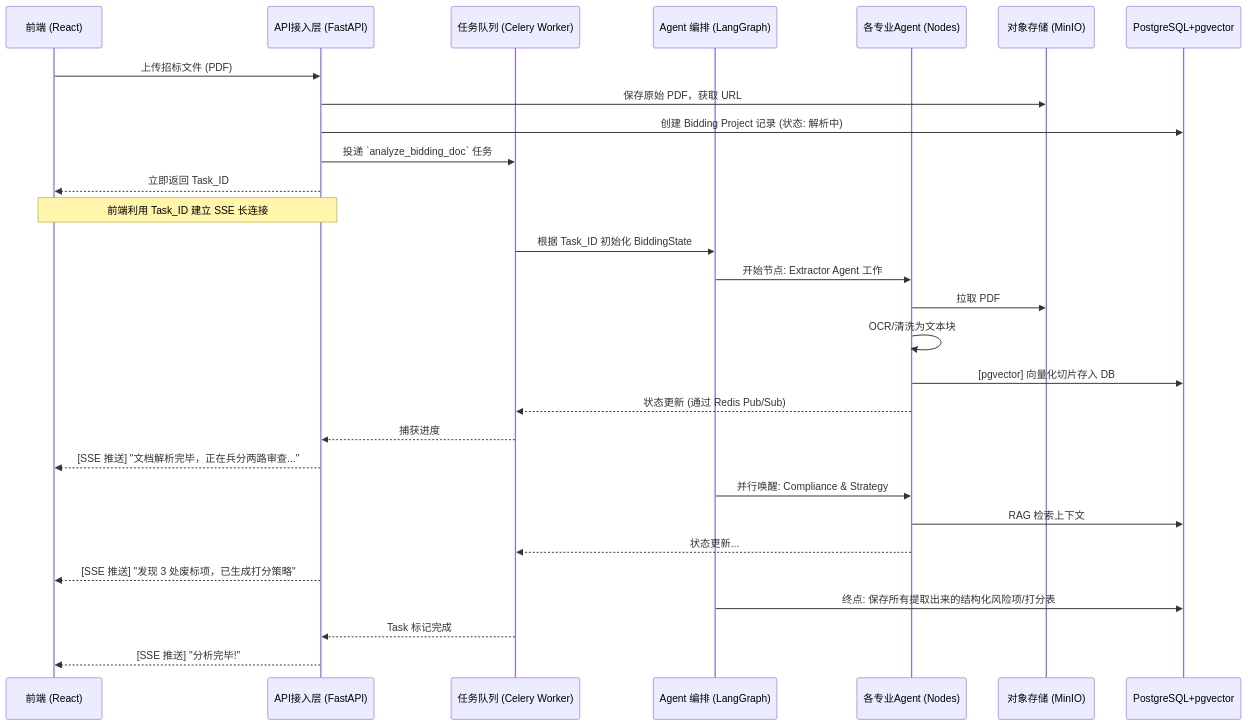
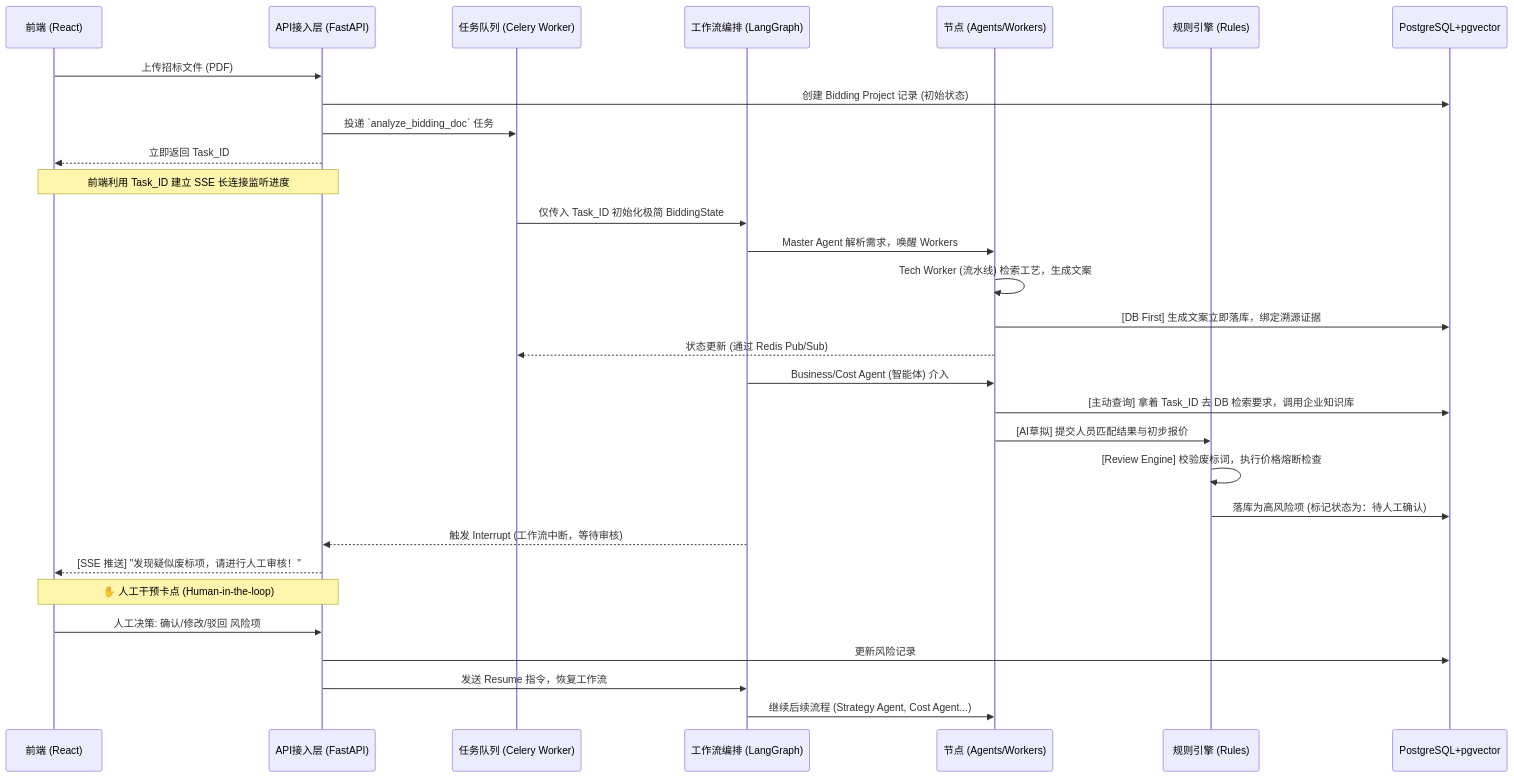
Before and after one commit to Jumao1225/bidding_sys: the diagram in docs/ARCHITECTURE_DESIGN.md, drawn with Mermaid. The commit also changed other lines of this file and 1 other file, not shown here.

````diff
--- a/docs/ARCHITECTURE_DESIGN.md
+++ b/docs/ARCHITECTURE_DESIGN.md
@@ -60,36 +84,39 @@
 ```mermaid
 sequenceDiagram
     participant Frontend as 前端 (React)
     participant FastAPI as API接入层 (FastAPI)
     participant Celery as 任务队列 (Celery Worker)
-    participant LangGraph as Agent 编排 (LangGraph)
-    participant Agents as 各专业Agent (Nodes)
-    participant MinIO as 对象存储 (MinIO)
+    participant LangGraph as 工作流编排 (LangGraph)
+    participant Nodes as 节点 (Agents/Workers)
+    participant RuleEngine as 规则引擎 (Rules)
     participant PG as PostgreSQL+pgvector
     
     Frontend->>FastAPI: 上传招标文件 (PDF)
-    FastAPI->>MinIO: 保存原始 PDF，获取 URL
-    FastAPI->>PG: 创建 Bidding Project 记录 (状态: 解析中)
+    FastAPI->>PG: 创建 Bidding Project 记录 (初始状态)
     FastAPI->>Celery: 投递 `analyze_bidding_doc` 任务
     FastAPI-->>Frontend: 立即返回 Task_ID
     
-    Note over Frontend,FastAPI: 前端利用 Task_ID 建立 SSE 长连接
+    Note over Frontend,FastAPI: 前端利用 Task_ID 建立 SSE 长连接监听进度
     
-    Celery->>LangGraph: 根据 Task_ID 初始化 BiddingState
-    LangGraph->>Agents: 开始节点: Extractor Agent 工作
-    Agents->>MinIO: 拉取 PDF
-    Agents->>Agents: OCR/清洗为文本块
-    Agents->>PG: [pgvector] 向量化切片存入 DB
-    Agents-->>Celery: 状态更新 (通过 Redis Pub/Sub)
-    Celery-->>FastAPI: 捕获进度
-    FastAPI-->>Frontend: [SSE 推送] "文档解析完毕，正在兵分两路审查..."
+    Celery->>LangGraph: 仅传入 Task_ID 初始化极简 BiddingState
+    LangGraph->>Nodes: Master Agent 解析需求，唤醒 Workers
+    Nodes->>Nodes: Tech Worker (流水线) 检索工艺，生成文案
+    Nodes->>PG: [DB First] 生成文案立即落库，绑定溯源证据
+    Nodes-->>Celery: 状态更新 (通过 Redis Pub/Sub)
     
-    LangGraph->>Agents: 并行唤醒: Compliance & Strategy
-    Agents->>PG: RAG 检索上下文
-    Agents-->>Celery: 状态更新...
-    FastAPI-->>Frontend: [SSE 推送] "发现 3 处废标项，已生成打分策略"
+    LangGraph->>Nodes: Business/Cost Agent (智能体) 介入
+    Nodes->>PG: [主动查询] 拿着 Task_ID 去 DB 检索要求，调用企业知识库
+    Nodes->>RuleEngine: [AI草拟] 提交人员匹配结果与初步报价
+    RuleEngine->>RuleEngine: [Review Engine] 校验废标词，执行价格熔断检查
+    RuleEngine->>PG: 落库为高风险项 (标记状态为：待人工确认)
     
-    LangGraph->>PG: 终点: 保存所有提取出来的结构化风险项/打分表
-    Celery-->>FastAPI: Task 标记完成
-    FastAPI-->>Frontend: [SSE 推送] "分析完毕!"
+    LangGraph-->>FastAPI: 触发 Interrupt (工作流中断，等待审核)
+    FastAPI-->>Frontend: [SSE 推送] "发现疑似废标项，请进行人工审核！"
+    
+    Note over Frontend,FastAPI: ✋ 人工干预卡点 (Human-in-the-loop)
+    Frontend->>FastAPI: 人工决策: 确认/修改/驳回 风险项
+    FastAPI->>PG: 更新风险记录
+    FastAPI->>LangGraph: 发送 Resume 指令，恢复工作流
+    
+    LangGraph->>Nodes: 继续后续流程 (Strategy Agent, Cost Agent...)
 ```
````
